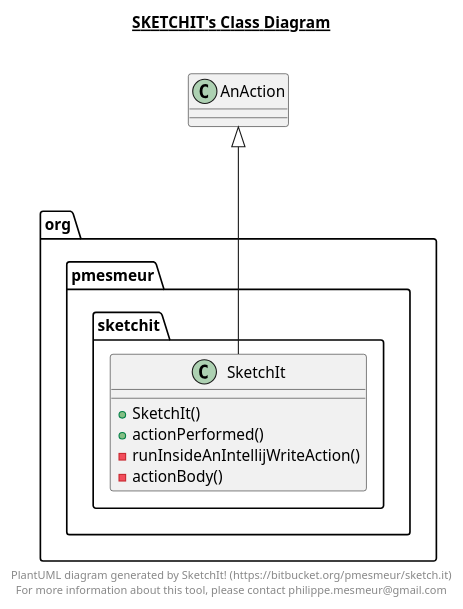
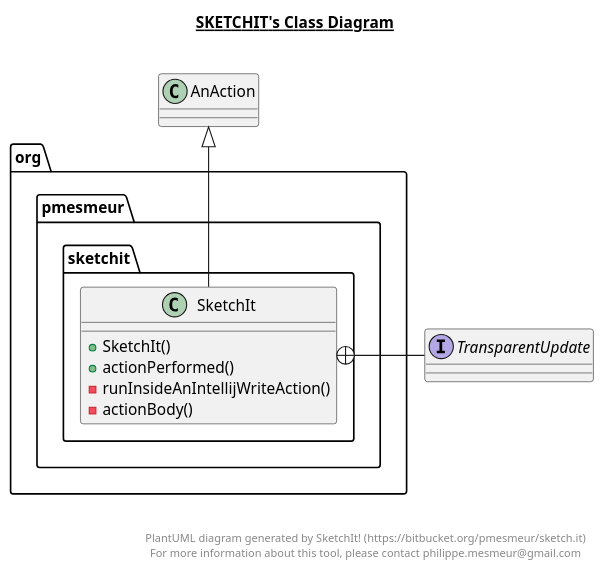
The diagram in src/org/pmesmeur/sketchit/sketchit.plantuml (bigjimlefou/sketch.it), drawn with PlantUML before and after one commit. The commit also changed 5 other files, not shown here.

Commit message:
Update UML models

```diff
--- a/src/org/pmesmeur/sketchit/sketchit.plantuml
+++ b/src/org/pmesmeur/sketchit/sketchit.plantuml
@@ -1,22 +1,30 @@
 @startuml
 
 title __SKETCHIT's Class Diagram__\n
 
-package org.pmesmeur.sketchit {
-class SketchIt {
-  + SketchIt()
-  + actionPerformed()
-  - runInsideAnIntellijWriteAction()
-  - actionBody()
-}
-}
+  package org.pmesmeur.sketchit {
+    class SketchIt {
+        + SketchIt()
+        + actionPerformed()
+        - runInsideAnIntellijWriteAction()
+        - actionBody()
+    }
+  }
+  
+
+  interface TransparentUpdate {
+  }
+  
+
+  SketchIt -up-|> AnAction
+  SketchIt +-right- TransparentUpdate
 
 
-SketchIt -up--|> AnAction
+right footer
 
-right footer
+
 PlantUML diagram generated by SketchIt! (https://bitbucket.org/pmesmeur/sketch.it)
 For more information about this tool, please contact philippe.mesmeur@gmail.com
 endfooter
 
 @enduml
```
